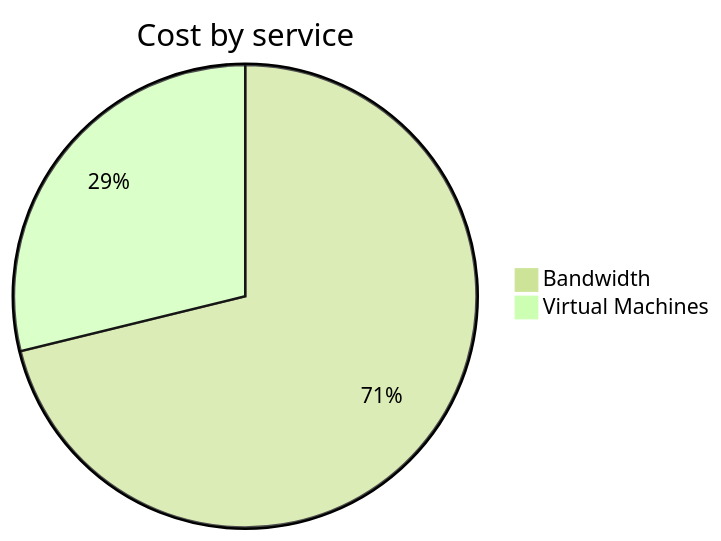
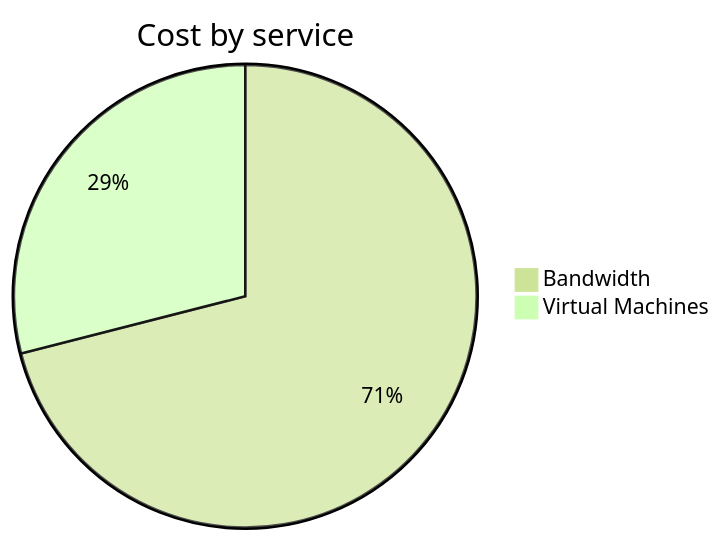
One commit to jpfulton/azure-personal-reports changed the second of 4 diagrams in cost-reports/personal-network/vpn-server.md. Above: the diagram before and after it, drawn with Mermaid (forest theme). The commit also changed other lines of this file and 8 other files, not shown here.

````diff
--- a/cost-reports/personal-network/vpn-server.md
+++ b/cost-reports/personal-network/vpn-server.md
@@ -96,6 +96,6 @@
 ```mermaid
 pie
    title Cost by service
-   "Bandwidth" : 4.20
-   "Virtual Machines" : 1.70
+   "Bandwidth" : 4.68
+   "Virtual Machines" : 1.91
 ```
````
